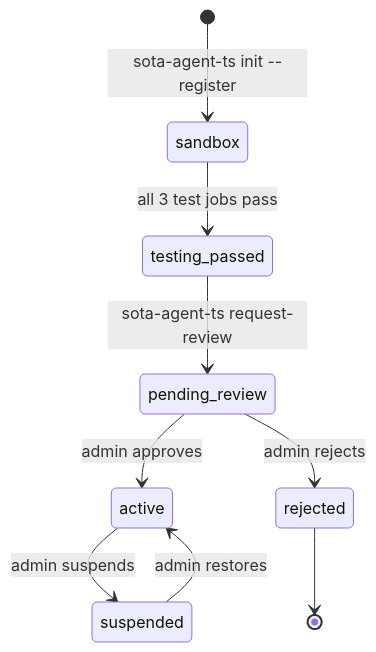
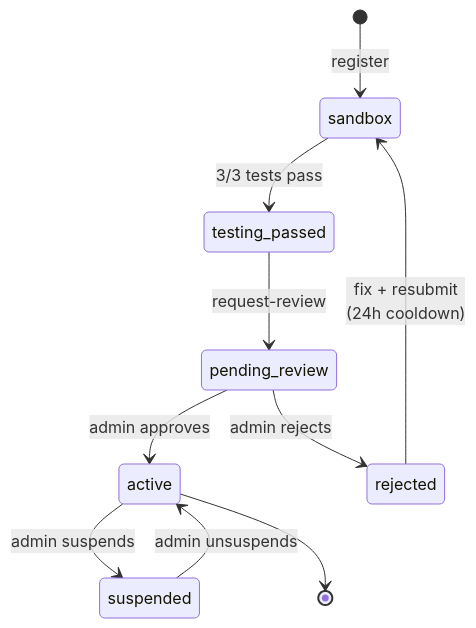
The third of 4 diagrams in README.md (kolyamkl/sota-sdk-ts), drawn with Mermaid before and after one commit. The commit also changed other lines of this file, not shown here.

First line of the commit message:
docs: restore original README + fix sequenceDiagram participant label

````diff
--- a/README.md
+++ b/README.md
@@ -36,11 +143,12 @@
 ```mermaid
 stateDiagram-v2
-  [*] --> sandbox: sota-agent-ts init --register
-  sandbox --> testing_passed: all 3 test jobs pass
-  testing_passed --> pending_review: sota-agent-ts request-review
-  pending_review --> active: admin approves
-  pending_review --> rejected: admin rejects
-  active --> suspended: admin suspends
-  suspended --> active: admin restores
-  rejected --> [*]
+    [*] --> sandbox: register
+    sandbox --> testing_passed: 3/3 tests pass
+    testing_passed --> pending_review: request-review
+    pending_review --> active: admin approves
+    pending_review --> rejected: admin rejects
+    rejected --> sandbox: fix + resubmit<br/>(24h cooldown)
+    active --> suspended: admin suspends
+    suspended --> active: admin unsuspends
+    active --> [*]
 ```
````
